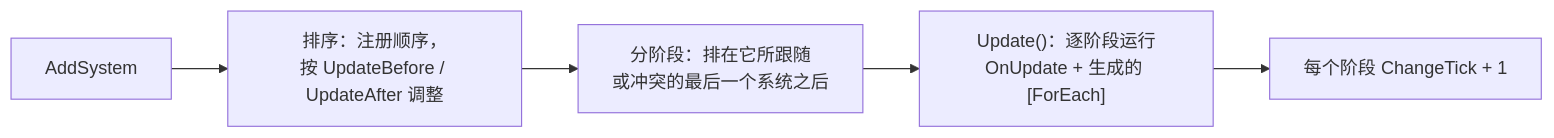
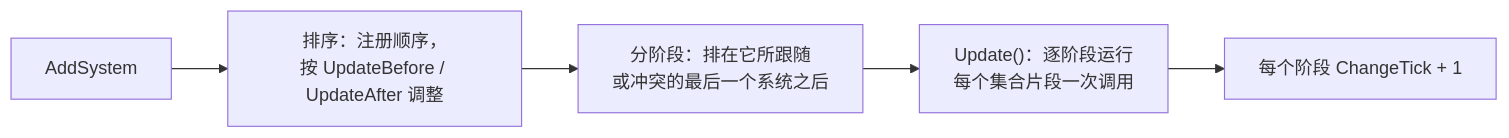
The fifth of 6 diagrams in docs/content/architecture.zh.mdx (JasonXuDeveloper/EasyEcs), drawn with Mermaid before and after one commit. The commit also changed other lines of this file and 96 other files, not shown here.

````diff
--- a/docs/content/architecture.zh.mdx
+++ b/docs/content/architecture.zh.mdx
@@ -202,7 +202,7 @@
 ```mermaid
 flowchart LR
     Add["AddSystem"] --> Sort["排序：注册顺序，<br/>按 UpdateBefore / UpdateAfter 调整"]
     Sort --> Stages["分阶段：排在它所跟随<br/>或冲突的最后一个系统之后"]
-    Stages --> Run["Update()：逐阶段运行<br/>OnUpdate + 生成的 [ForEach]"]
+    Stages --> Run["Update()：逐阶段运行<br/>每个集合片段一次调用"]
     Run --> Tick["每个阶段 ChangeTick + 1"]
 ```
````
